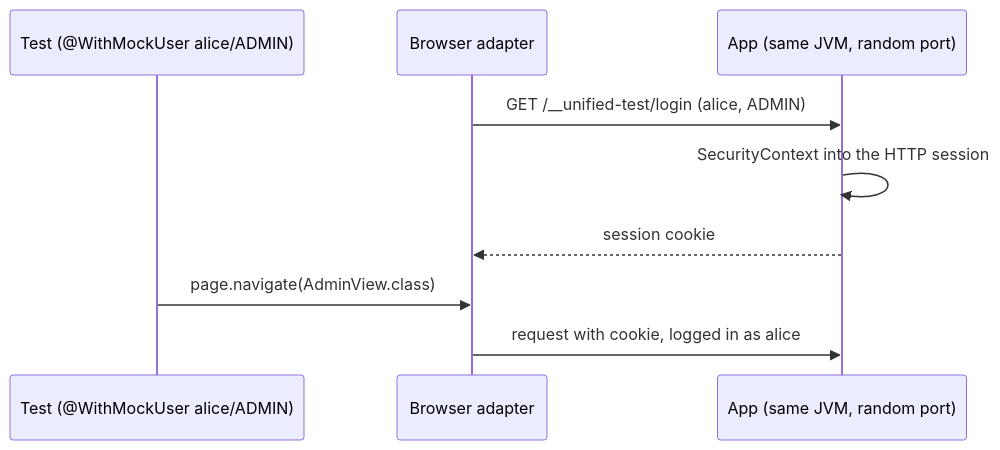
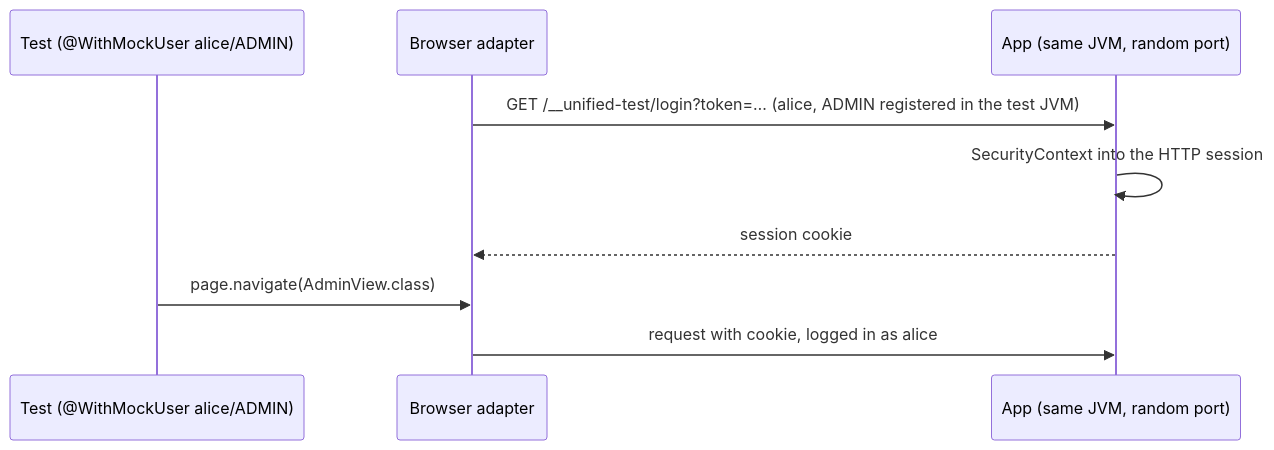
Before and after one commit to jcgueriaud1/unified-testing-tool: the diagram in docs/spec/11-users.md, drawn with Mermaid. The commit also changed other lines of this file and 17 other files, not shown here.

````diff
--- a/docs/spec/11-users.md
+++ b/docs/spec/11-users.md
@@ -26,11 +26,11 @@
 ```mermaid
 sequenceDiagram
     participant T as Test (@WithMockUser alice/ADMIN)
     participant A as Browser adapter
     participant S as App (same JVM, random port)
-    A->>S: GET /__unified-test/login (alice, ADMIN)
+    A->>S: GET /__unified-test/login?token=… (alice, ADMIN registered in the test JVM)
     S->>S: SecurityContext into the HTTP session
     S-->>A: session cookie
     T->>A: page.navigate(AdminView.class)
     A->>S: request with cookie, logged in as alice
 ```
````
